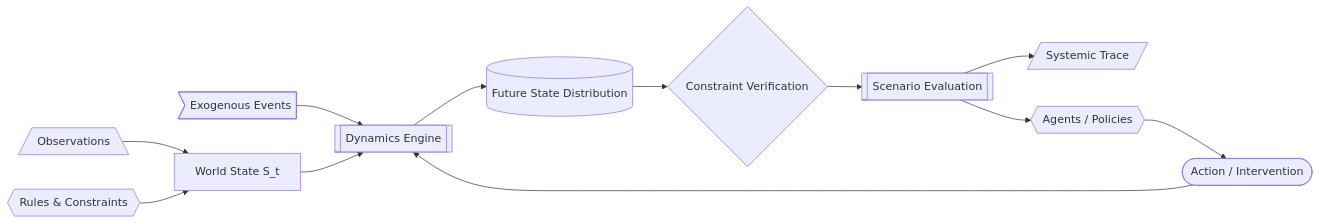
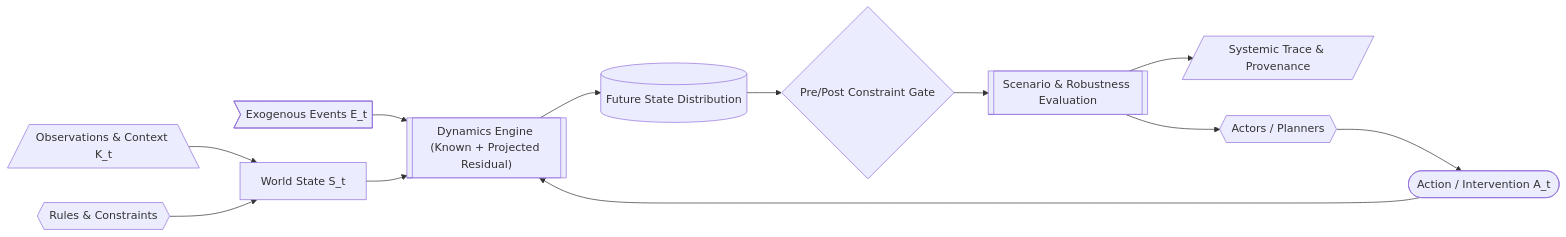
One commit to vfcarida/Enterprise-World-Model-Engine changed the diagram in README.md. Above: the diagram before and after it, drawn with Mermaid. The commit also changed other lines of this file and 160 other files, not shown here.

````diff
--- a/README.md
+++ b/README.md
@@ -221,17 +185,17 @@
 ```mermaid
 flowchart LR
     accTitle: Enterprise World Model Engine Architecture Dataflow
-    accDescr: End-to-end dataflow illustrating how state observations and constraints feed into the core dynamics engine alongside candidate actions and exogenous shocks, generating future state distributions that pass through constraint verification and scenario evaluation to produce systemic traces.
+    accDescr: End-to-end dataflow illustrating how state observations, runtime context, and constraints initialize the world state, feed into the dynamics engine with actions and exogenous shocks, and pass through constraint verification and scenario evaluation to produce systemic traces.
 
-    OBS[/"Observations"\] --> STATE["World State S_t"]
+    OBS[/"Observations & Context K_t"\] --> STATE["World State S_t"]
     RULES{{"Rules & Constraints"}} --> STATE
-    EVENTS>Exogenous Events] --> ENGINE[["Dynamics Engine"]]
+    EVENTS>Exogenous Events E_t] --> ENGINE[["Dynamics Engine (Known + Projected Residual)"]]
     STATE --> ENGINE
-    ACTION(["Action / Intervention"]) --> ENGINE
+    ACTION(["Action / Intervention A_t"]) --> ENGINE
     ENGINE --> FUTURE[("Future State Distribution")]
-    FUTURE --> VERIFY{"Constraint Verification"}
-    VERIFY --> EVAL[["Scenario Evaluation"]]
-    EVAL --> TRACE[/"Systemic Trace"/]
-    AGENTS{{"Agents / Policies"}} --> ACTION
+    FUTURE --> VERIFY{"Pre/Post Constraint Gate"}
+    VERIFY --> EVAL[["Scenario & Robustness Evaluation"]]
+    EVAL --> TRACE[/"Systemic Trace & Provenance"/]
+    AGENTS{{"Actors / Planners"}} --> ACTION
     EVAL --> AGENTS
 ```
````
